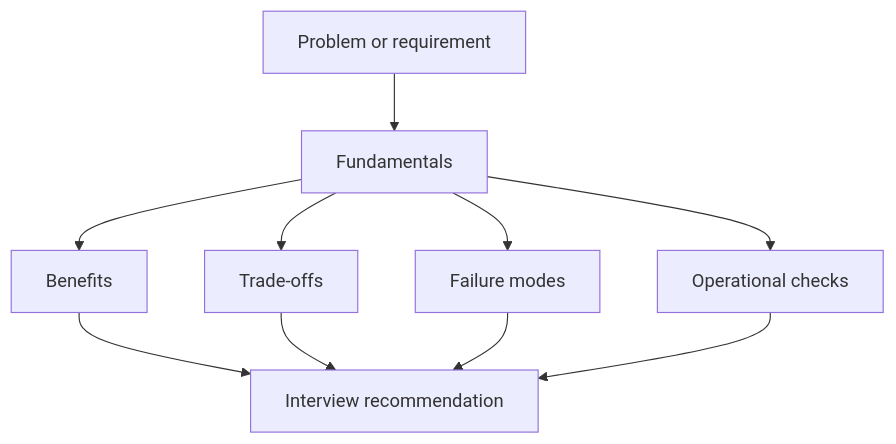
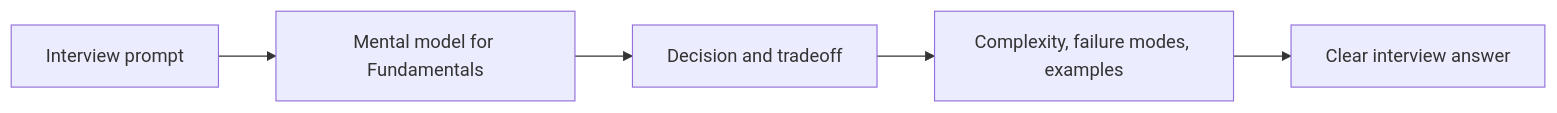
Before and after one commit to abstractinterviews/abstractinterviews.github.io: the diagram in fundamentals/index.md, drawn with Mermaid. The commit also changed other lines of this file and 278 other files, not shown here.

````diff
--- a/fundamentals/index.md
+++ b/fundamentals/index.md
@@ -147,12 +139,7 @@
-~~~mermaid
-flowchart TD
-    Problem["Problem or requirement"] --> Concept["Fundamentals"]
-    Concept --> Benefits["Benefits"]
-    Concept --> Tradeoffs["Trade-offs"]
-    Concept --> FailureModes["Failure modes"]
-    Concept --> Operations["Operational checks"]
-    Benefits --> Decision["Interview recommendation"]
-    Tradeoffs --> Decision
-    FailureModes --> Decision
-    Operations --> Decision
-~~~
+```mermaid
+flowchart LR
+    Problem["Interview prompt"] --> Model["Mental model for Fundamentals"]
+    Model --> Choice["Decision and tradeoff"]
+    Choice --> Evidence["Complexity, failure modes, examples"]
+    Evidence --> Answer["Clear interview answer"]
+```
````
